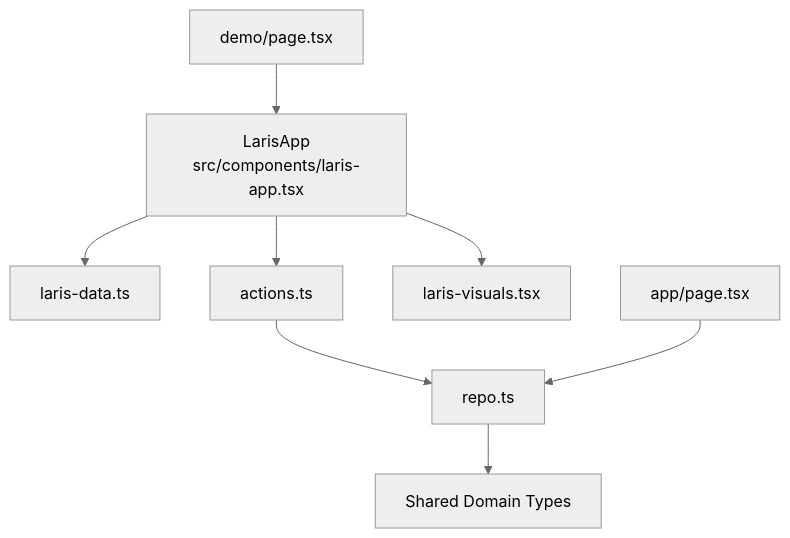
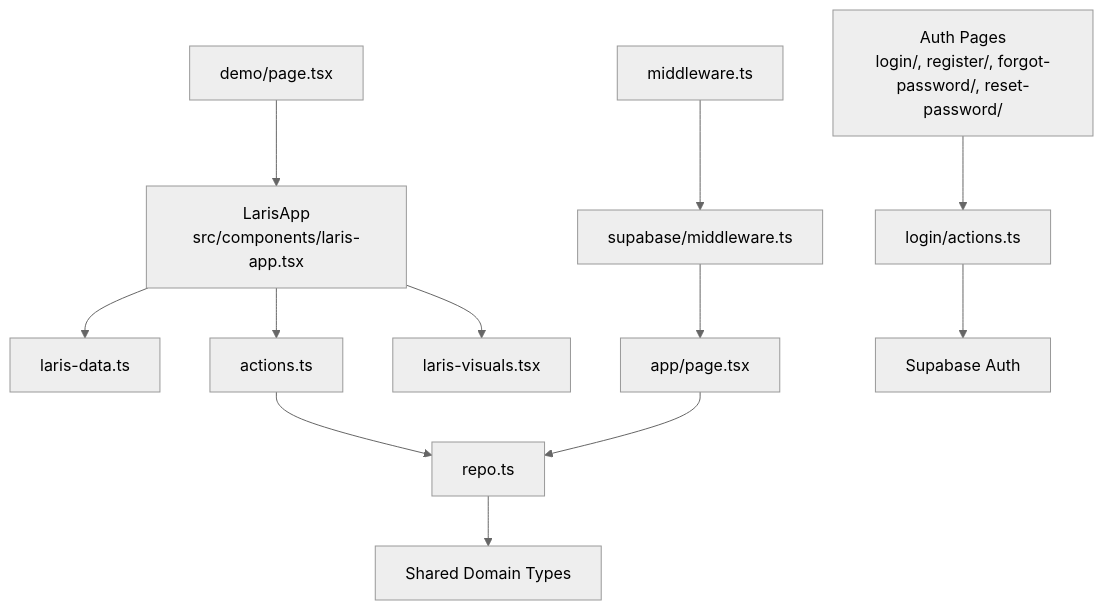
Before and after one commit to aarz24/Laris_HackathonGTNIC2026: diagram 15 of 15 in .qoder/repowiki/en/content/Core Application/Core Application.md, drawn with Mermaid (neutral theme). The commit also changed other lines of this file and 58 other files, not shown here.

````diff
--- a/.qoder/repowiki/en/content/Core Application/Core Application.md
+++ b/.qoder/repowiki/en/content/Core Application/Core Application.md
@@ -472,10 +707,14 @@
 ```mermaid
 graph TB
 LarisApp["LarisApp<br/>src/components/laris-app.tsx"] --> Domain["laris-data.ts"]
 LarisApp --> Actions["actions.ts"]
 Actions --> Repo["repo.ts"]
 Repo --> DomainTypes["Shared Domain Types"]
 LarisApp --> Visuals["laris-visuals.tsx"]
 DemoPage["demo/page.tsx"] --> LarisApp
 HomePage["app/page.tsx"] --> Repo
+AuthPages["Auth Pages<br/>login/, register/, forgot-password/, reset-password/"] --> AuthActions["login/actions.ts"]
+AuthActions --> Supabase["Supabase Auth"]
+NextMiddleware["middleware.ts"] --> SessionManager["supabase/middleware.ts"]
+SessionManager --> HomePage
 ```
````
